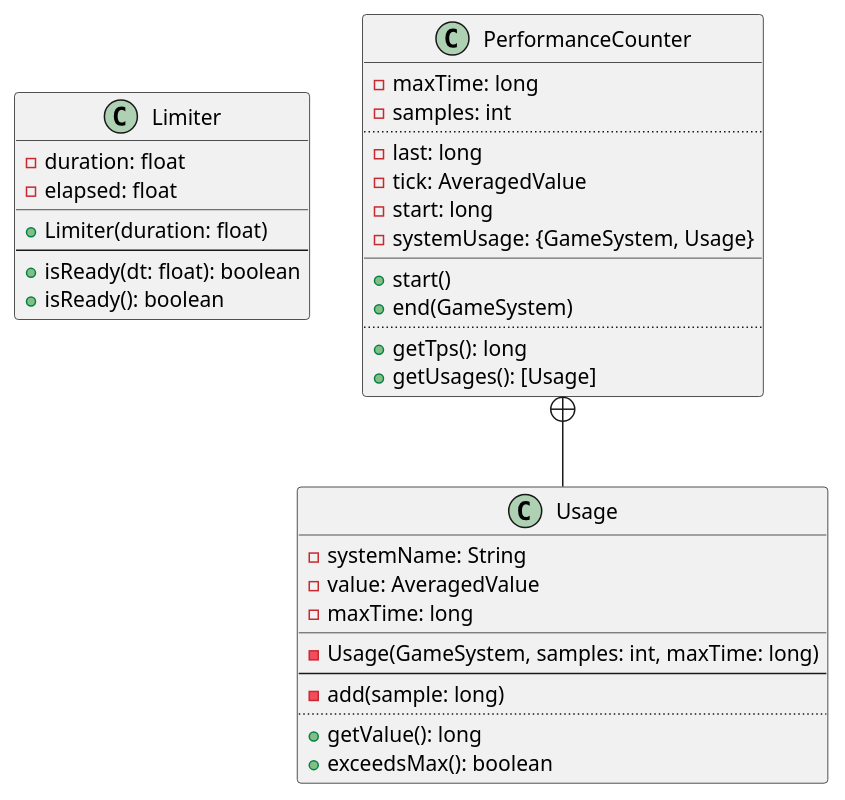
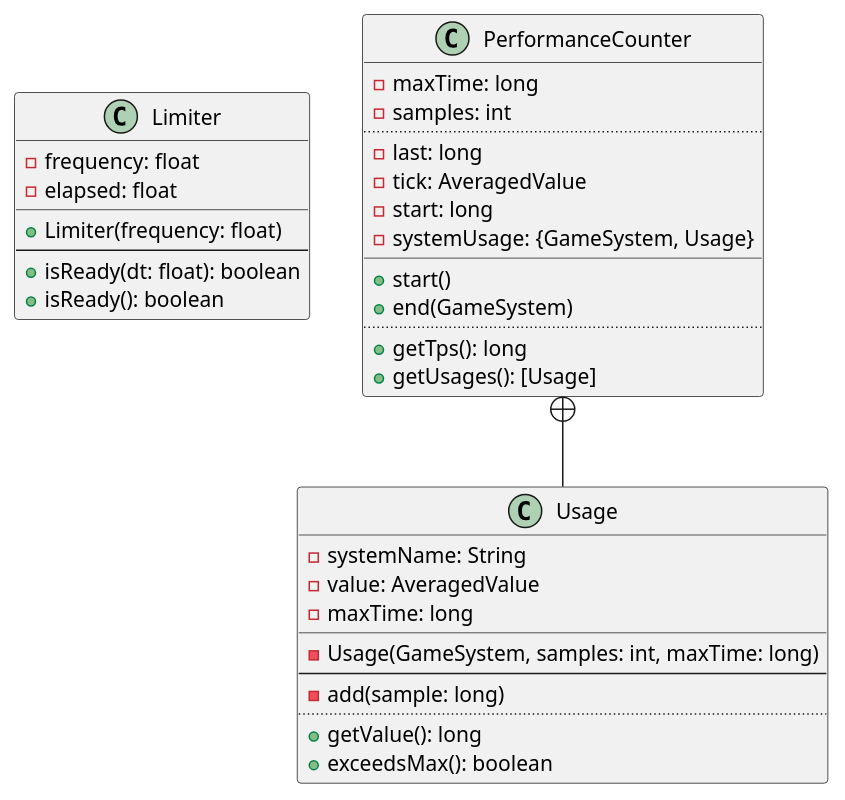
One commit to kkorolyov/pancake changed the diagram in docs/uml/pancake-platform/utiility.class.puml. Above: the diagram before and after it, drawn with PlantUML. The commit also changed 6 other files, not shown here.

```diff
--- a/docs/uml/pancake-platform/utiility.class.puml
+++ b/docs/uml/pancake-platform/utiility.class.puml
@@ -1,42 +1,42 @@
 @startuml
 
 class Limiter {
-	-duration: float
+	-frequency: float
 	-elapsed: float
 	__
-	+Limiter(duration: float)
+	+Limiter(frequency: float)
 	--
 	+isReady(dt: float): boolean
 	+isReady(): boolean
 }
 
 class PerformanceCounter {
 	-maxTime: long
 	-samples: int
 	..
 	-last: long
 	-tick: AveragedValue
 	-start: long
 	-systemUsage: {GameSystem, Usage}
 	__
 	+start()
 	+end(GameSystem)
 	..
 	+getTps(): long
 	+getUsages(): [Usage]
 }
 PerformanceCounter +-- Usage
 class Usage {
 	-systemName: String
 	-value: AveragedValue
 	-maxTime: long
 	__
 	-Usage(GameSystem, samples: int, maxTime: long)
 	--
 	-add(sample: long)
 	..
 	+getValue(): long
 	+exceedsMax(): boolean
 }
 
 @enduml
```
